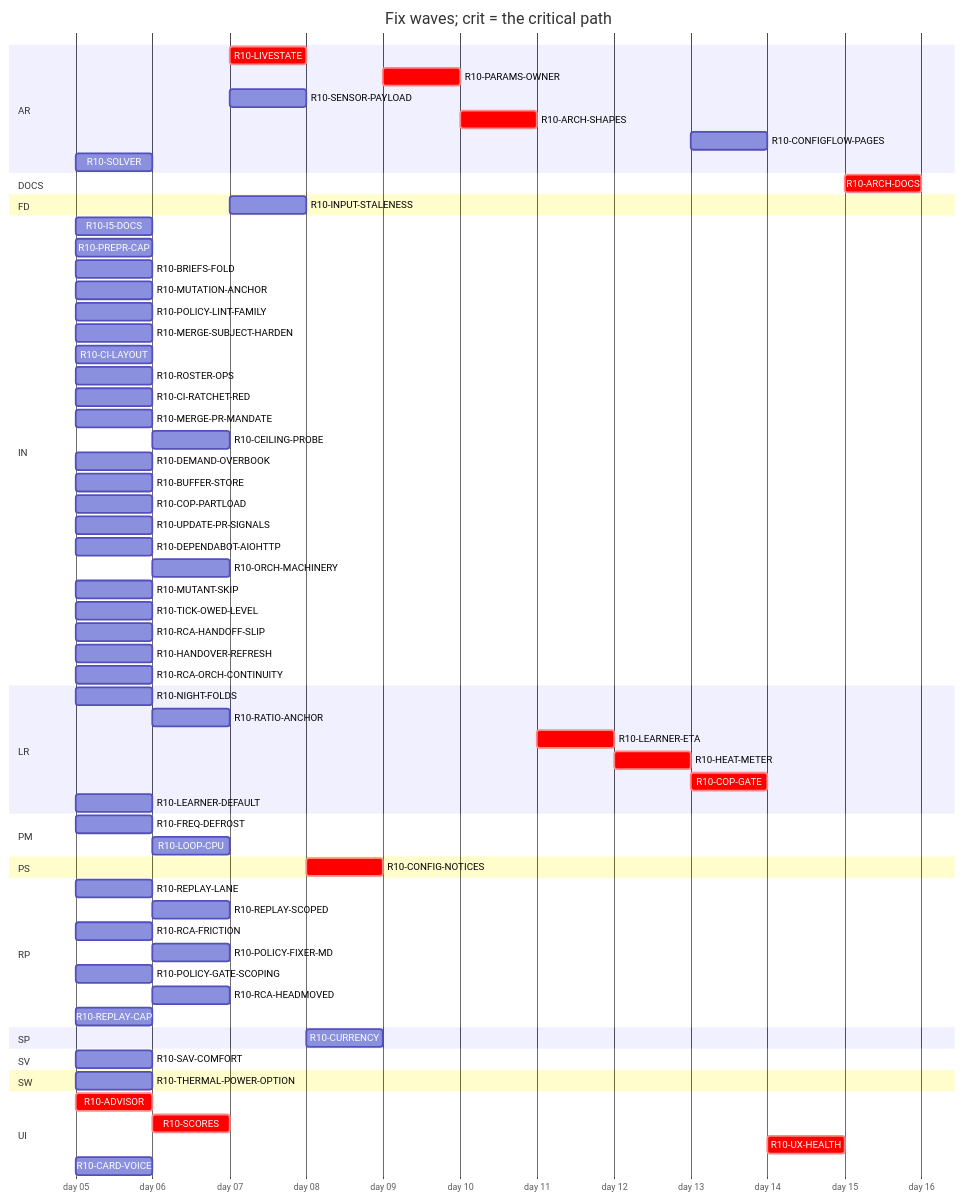
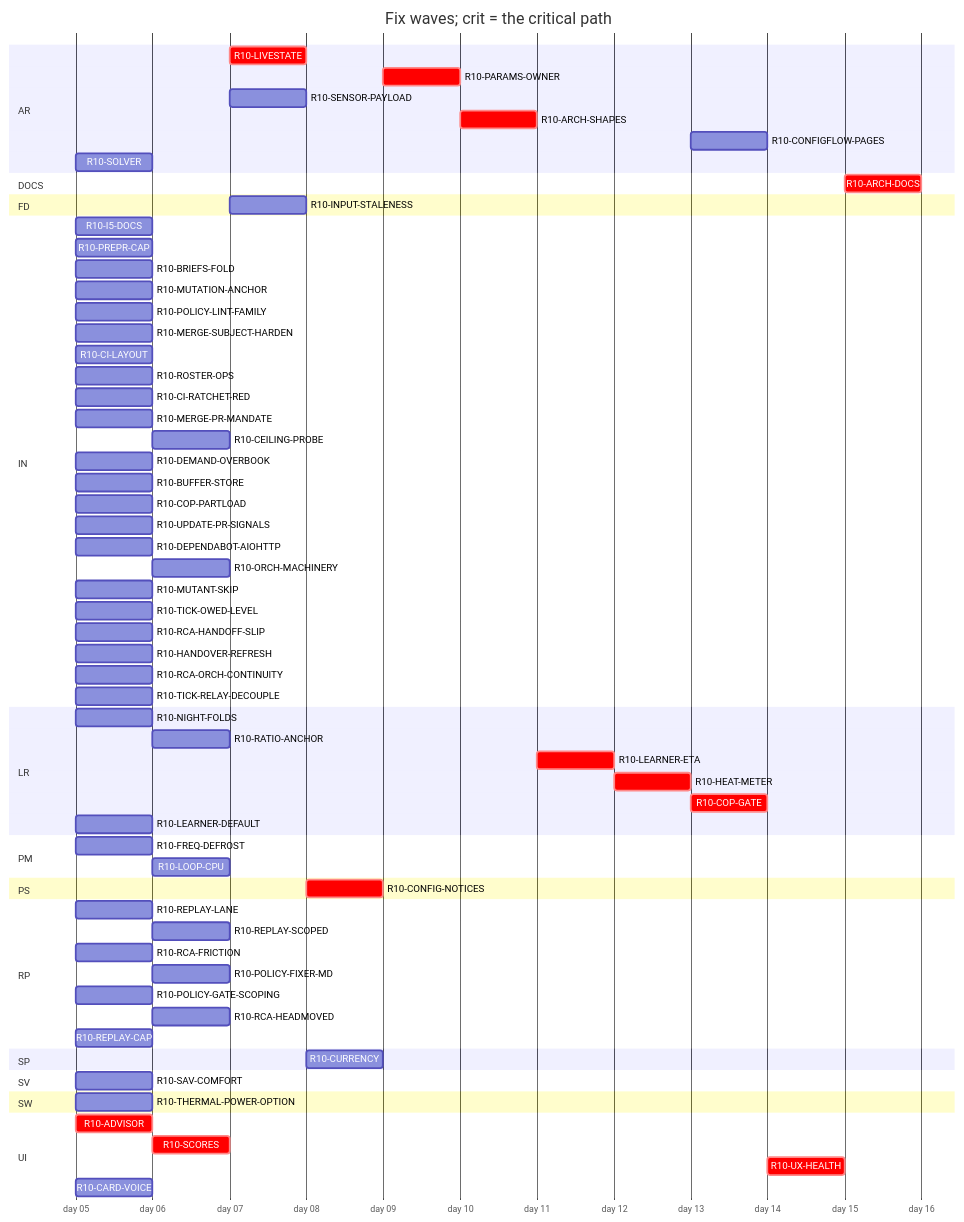
One commit to tvofi/heatpump_optimizer changed the diagram in handoff/round10/state/PLAN-TABLE.md. Above: the diagram before and after it, drawn with Mermaid. The commit also changed other lines of this file and 2 other files, not shown here.

````diff
--- a/handoff/round10/state/PLAN-TABLE.md
+++ b/handoff/round10/state/PLAN-TABLE.md
@@ -25,71 +25,72 @@
 ```mermaid
 gantt
   title Fix waves; crit = the critical path
   dateFormat YYYY-MM-DD
   axisFormat day %d
   section AR
     R10-LIVESTATE :crit, r10LIVESTATE, after r10SCORES, 1d
     R10-PARAMS-OWNER :crit, r10PARAMSOWNER, after r10CONFIGNOTICES, 1d
     R10-SENSOR-PAYLOAD :r10SENSORPAYLOAD, after r10SCORES, 1d
     R10-ARCH-SHAPES :crit, r10ARCHSHAPES, after r10PARAMSOWNER r10SENSORPAYLOAD r10FREQDEFROST, 1d
     R10-CONFIGFLOW-PAGES :r10CONFIGFLOWPAGES, after r10HEATMETER, 1d
     R10-SOLVER :r10SOLVER, 2026-01-05, 1d
   section DOCS
     R10-ARCH-DOCS :crit, r10ARCHDOCS, after r10NIGHTFOLDS r10RATIOANCHOR r10INPUTSTALENESS r10CURRENCY r10FREQDEFROST r10LOOPCPU r10ADVISOR r10SCORES r10LIVESTATE r10CONFIGNOTICES r10PARAMSOWNER r10SENSORPAYLOAD r10ARCHSHAPES r10LEARNERETA r10HEATMETER r10COPGATE r10UXHEALTH r10CONFIGFLOWPAGES r10SOLVER r10I5DOCS r10BRIEFSFOLD r10REPLAYLANE r10REPLAYSCOPED, 1d
   section FD
     R10-INPUT-STALENESS :r10INPUTSTALENESS, after r10RATIOANCHOR, 1d
   section IN
     R10-I5-DOCS :r10I5DOCS, 2026-01-05, 1d
     R10-PREPR-CAP :r10PREPRCAP, 2026-01-05, 1d
     R10-BRIEFS-FOLD :r10BRIEFSFOLD, 2026-01-05, 1d
     R10-MUTATION-ANCHOR :r10MUTATIONANCHOR, 2026-01-05, 1d
     R10-POLICY-LINT-FAMILY :r10POLICYLINTFAMILY, 2026-01-05, 1d
     R10-MERGE-SUBJECT-HARDEN :r10MERGESUBJECTHARDEN, 2026-01-05, 1d
     R10-CI-LAYOUT :r10CILAYOUT, 2026-01-05, 1d
     R10-ROSTER-OPS :r10ROSTEROPS, 2026-01-05, 1d
     R10-CI-RATCHET-RED :r10CIRATCHETRED, 2026-01-05, 1d
     R10-MERGE-PR-MANDATE :r10MERGEPRMANDATE, 2026-01-05, 1d
     R10-CEILING-PROBE :r10CEILINGPROBE, after r10CILAYOUT r10NIGHTFOLDS, 1d
     R10-DEMAND-OVERBOOK :r10DEMANDOVERBOOK, 2026-01-05, 1d
     R10-BUFFER-STORE :r10BUFFERSTORE, 2026-01-05, 1d
     R10-COP-PARTLOAD :r10COPPARTLOAD, 2026-01-05, 1d
     R10-UPDATE-PR-SIGNALS :r10UPDATEPRSIGNALS, 2026-01-05, 1d
     R10-DEPENDABOT-AIOHTTP :r10DEPENDABOTAIOHTTP, 2026-01-05, 1d
     R10-ORCH-MACHINERY :r10ORCHMACHINERY, after r10ROSTEROPS r10CILAYOUT, 1d
     R10-MUTANT-SKIP :r10MUTANTSKIP, 2026-01-05, 1d
     R10-TICK-OWED-LEVEL :r10TICKOWEDLEVEL, 2026-01-05, 1d
     R10-RCA-HANDOFF-SLIP :r10RCAHANDOFFSLIP, 2026-01-05, 1d
     R10-HANDOVER-REFRESH :r10HANDOVERREFRESH, 2026-01-05, 1d
     R10-RCA-ORCH-CONTINUITY :r10RCAORCHCONTINUITY, 2026-01-05, 1d
+    R10-TICK-RELAY-DECOUPLE :r10TICKRELAYDECOUPLE, 2026-01-05, 1d
   section LR
     R10-NIGHT-FOLDS :r10NIGHTFOLDS, 2026-01-05, 1d
     R10-RATIO-ANCHOR :r10RATIOANCHOR, after r10NIGHTFOLDS, 1d
     R10-LEARNER-ETA :crit, r10LEARNERETA, after r10ARCHSHAPES, 1d
     R10-HEAT-METER :crit, r10HEATMETER, after r10LEARNERETA r10INPUTSTALENESS r10RATIOANCHOR, 1d
     R10-COP-GATE :crit, r10COPGATE, after r10HEATMETER r10SENSORPAYLOAD, 1d
     R10-LEARNER-DEFAULT :r10LEARNERDEFAULT, 2026-01-05, 1d
   section PM
     R10-FREQ-DEFROST :r10FREQDEFROST, 2026-01-05, 1d
     R10-LOOP-CPU :r10LOOPCPU, after r10FREQDEFROST, 1d
   section PS
     R10-CONFIG-NOTICES :crit, r10CONFIGNOTICES, after r10LIVESTATE, 1d
   section RP
     R10-REPLAY-LANE :r10REPLAYLANE, 2026-01-05, 1d
     R10-REPLAY-SCOPED :r10REPLAYSCOPED, after r10REPLAYLANE, 1d
     R10-RCA-FRICTION :r10RCAFRICTION, 2026-01-05, 1d
     R10-POLICY-FIXER-MD :r10POLICYFIXERMD, after r10RCAFRICTION r10BRIEFSFOLD, 1d
     R10-POLICY-GATE-SCOPING :r10POLICYGATESCOPING, 2026-01-05, 1d
     R10-RCA-HEADMOVED :r10RCAHEADMOVED, after r10RCAFRICTION, 1d
     R10-REPLAY-CAP :r10REPLAYCAP, 2026-01-05, 1d
   section SP
     R10-CURRENCY :r10CURRENCY, after r10INPUTSTALENESS, 1d
   section SV
     R10-SAV-COMFORT :r10SAVCOMFORT, 2026-01-05, 1d
   section SW
     R10-THERMAL-POWER-OPTION :r10THERMALPOWEROPTION, 2026-01-05, 1d
   section UI
     R10-ADVISOR :crit, r10ADVISOR, 2026-01-05, 1d
     R10-SCORES :crit, r10SCORES, after r10ADVISOR, 1d
     R10-UX-HEALTH :crit, r10UXHEALTH, after r10SCORES r10COPGATE r10HEATMETER, 1d
     R10-CARD-VOICE :r10CARDVOICE, 2026-01-05, 1d
 ```
````
